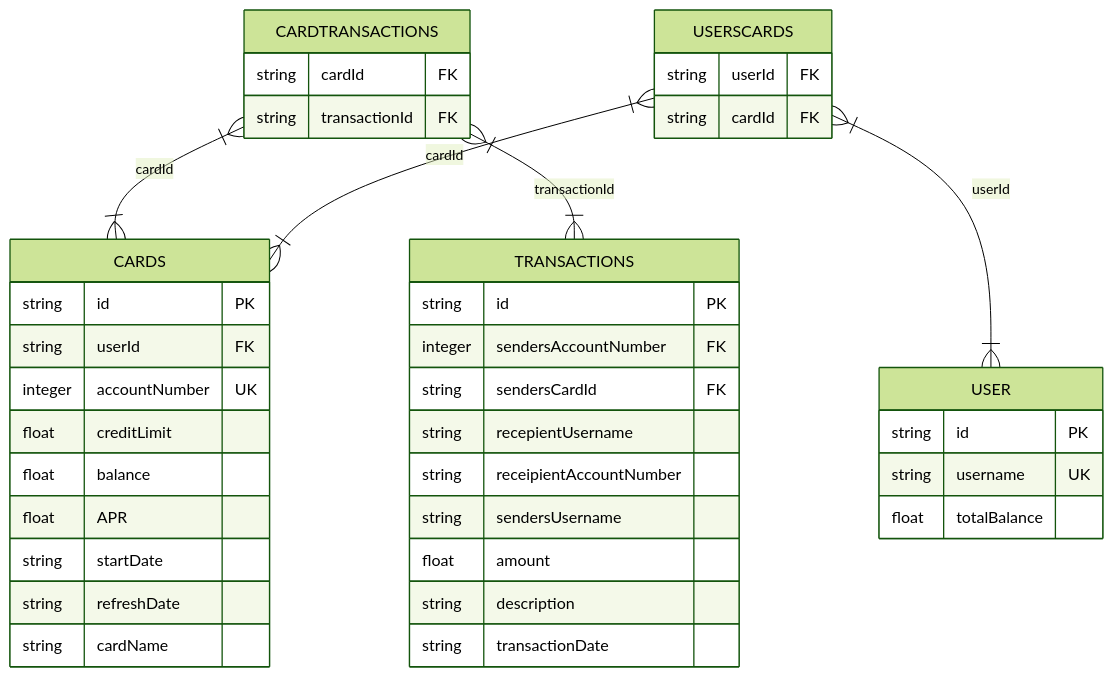
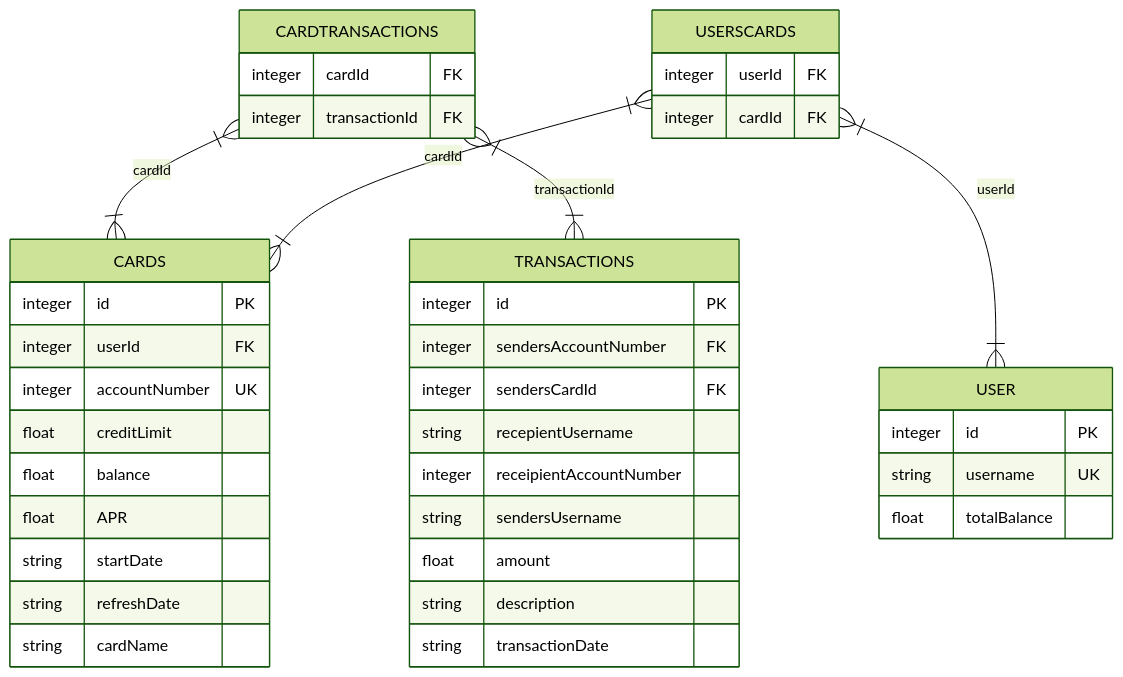
Before and after one commit to corndel-swe/java-25-project-card-flex: the diagram in README.md, drawn with Mermaid (forest theme). The commit also changed 1 other file, not shown here.

````diff
--- a/README.md
+++ b/README.md
@@ -3,45 +3,45 @@
 ```mermaid
 
 erDiagram
 CARDTRANSACTIONS |{ --|{CARDS: cardId
 CARDTRANSACTIONS |{ --|{TRANSACTIONS: transactionId
 USERSCARDS |{--|{ CARDS : cardId
 USERSCARDS |{ --|{USER: userId
 
 
 USER {
-string id PK
+integer id PK
 string username UK
 float totalBalance
 }
 USERSCARDS {
-    string userId FK
-    string cardId FK
+    integer userId FK
+    integer cardId FK
 }
 CARDS {
-string id PK
-string userId FK
+integer id PK
+integer userId FK
 integer accountNumber UK
 float creditLimit
 float balance
 float APR
 string startDate
 string refreshDate
 string cardName
 }
 TRANSACTIONS {
-string id PK
+integer id PK
 integer sendersAccountNumber FK
-string sendersCardId FK
+integer sendersCardId FK
 string recepientUsername
-string receipientAccountNumber
+integer receipientAccountNumber
 string sendersUsername
 float amount
 string description
 string transactionDate
 }
 CARDTRANSACTIONS {
-    string cardId FK
-    string transactionId FK
+    integer cardId FK
+    integer transactionId FK
 }
 ```
````
